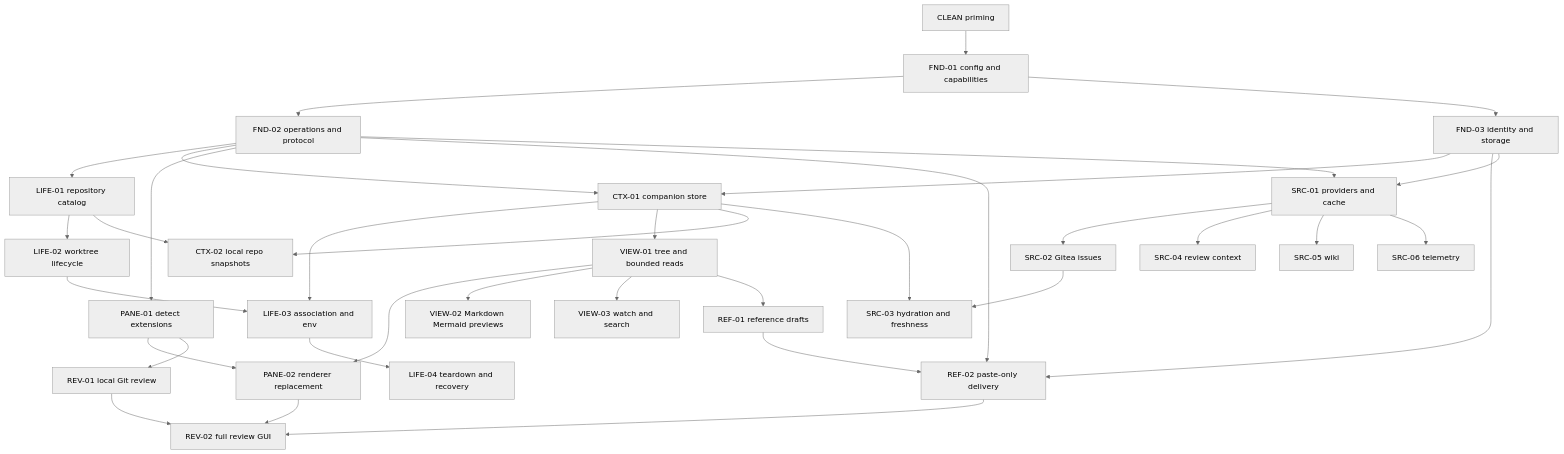
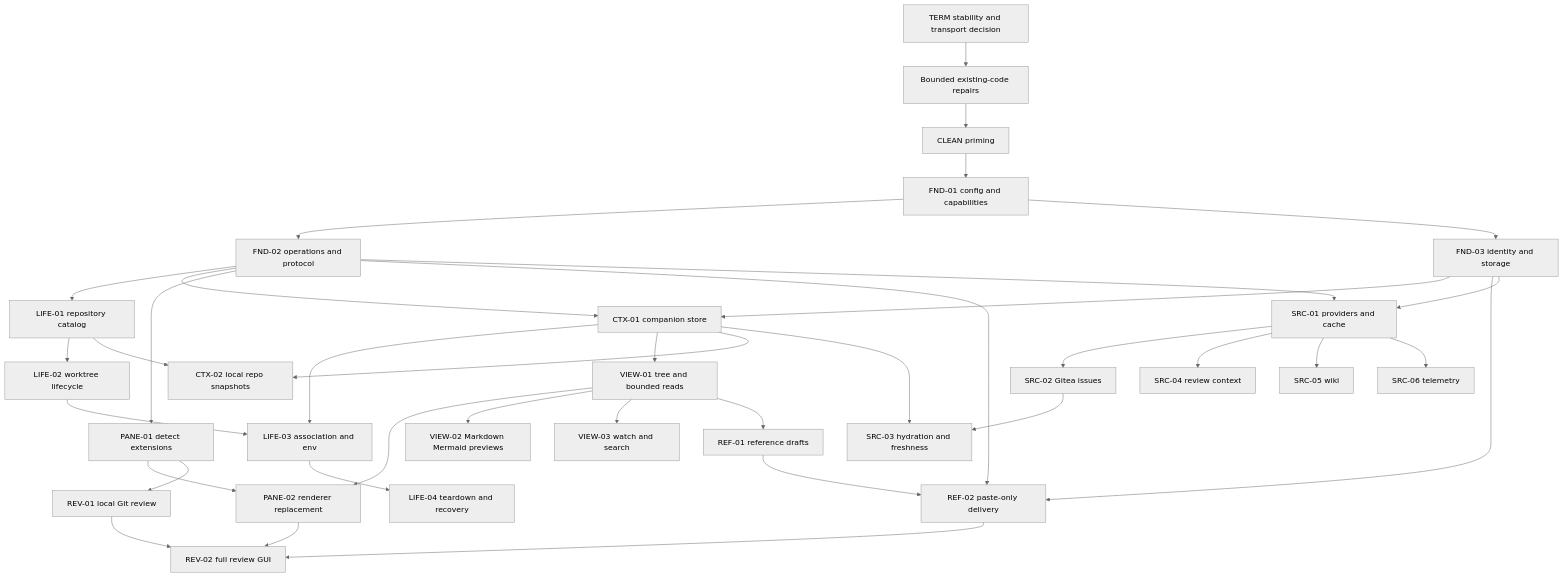
The diagram in planning/next-level/06-delivery-sequence.md (nnexai/cockpit), drawn with Mermaid (neutral theme) before and after one commit. The commit also changed other lines of this file and 9 other files, not shown here.

Commit message:
docs: scrutinize current code and prioritize terminal stability

````diff
--- a/planning/next-level/06-delivery-sequence.md
+++ b/planning/next-level/06-delivery-sequence.md
@@ -21,37 +27,39 @@
 ```mermaid
 flowchart TD
-  CLEAN[CLEAN priming] --> F1
+  TERM[TERM stability and transport decision] --> REPAIR[Bounded existing-code repairs]
+  REPAIR --> CLEAN[CLEAN priming]
+  CLEAN --> F1
   F1[FND-01 config and capabilities] --> F2[FND-02 operations and protocol]
   F1 --> F3[FND-03 identity and storage]
   F2 --> L1[LIFE-01 repository catalog]
   F3 --> C1[CTX-01 companion store]
   F2 --> C1
   F2 --> P1[PANE-01 detect extensions]
   P1 --> P2[PANE-02 renderer replacement]
   V1 --> P2
   P1 --> RV1[REV-01 local Git review]
   RV1 --> RV2[REV-02 full review GUI]
   P2 --> RV2
   R2 --> RV2
   L1 --> L2[LIFE-02 worktree lifecycle]
   C1 --> L3[LIFE-03 association and env]
   L2 --> L3
   L3 --> L4[LIFE-04 teardown and recovery]
   C1 --> V1[VIEW-01 tree and bounded reads]
   V1 --> V2[VIEW-02 Markdown Mermaid previews]
   V1 --> V3[VIEW-03 watch and search]
   V1 --> R1[REF-01 reference drafts]
   R1 --> R2[REF-02 paste-only delivery]
   F2 --> R2
   F3 --> R2
   C1 --> C2[CTX-02 local repo snapshots]
   L1 --> C2
   F2 --> S1[SRC-01 providers and cache]
   F3 --> S1
   S1 --> S2[SRC-02 Gitea issues]
   S2 --> S3[SRC-03 hydration and freshness]
   C1 --> S3
   S1 --> S4[SRC-04 review context]
   S1 --> S5[SRC-05 wiki]
   S1 --> S6[SRC-06 telemetry]
 ```
````
